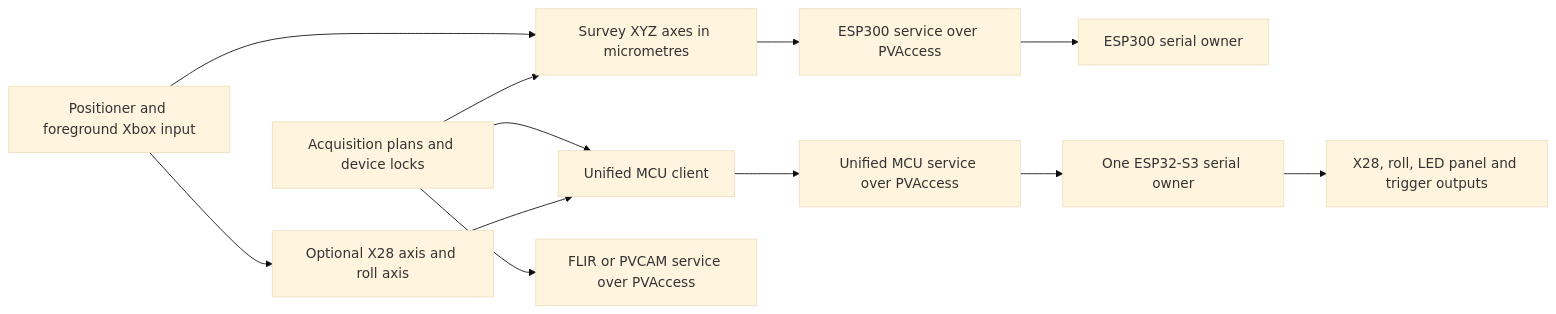
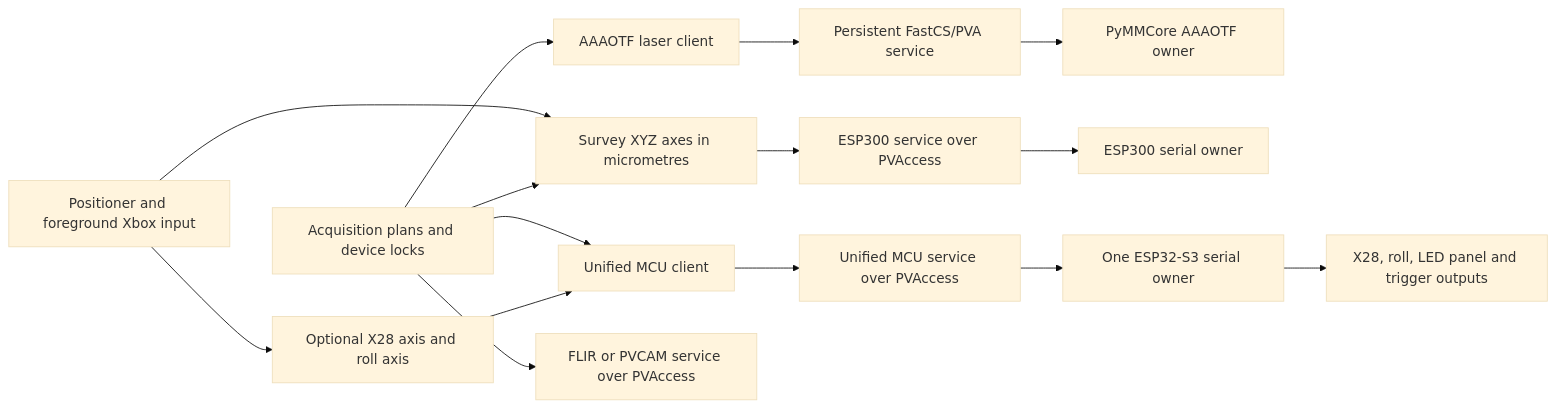
The first of 2 diagrams in docs/index.md (deanziyangyu/redsun-adaptive-holotomography), drawn with Mermaid (base theme) before and after one commit. The commit also changed other lines of this file and 14 other files, not shown here.

Commit message:
Add persistent AAAOTF service and HoloSPIM hardware controls

````diff
--- a/docs/index.md
+++ b/docs/index.md
@@ -94,12 +101,13 @@
 ```mermaid
 flowchart LR
     J["Positioner and foreground Xbox input"] --> P["Survey XYZ axes in micrometres"]
     J --> X["Optional X28 axis and roll axis"]
     A["Acquisition plans and device locks"] --> P
     A --> M["Unified MCU client"]
+    A --> L["AAAOTF laser client"] --> LP["Persistent FastCS/PVA service"] --> LA["PyMMCore AAAOTF owner"]
     A --> C["FLIR or PVCAM service over PVAccess"]
     X --> M
     P --> S["ESP300 service over PVAccess"] --> O["ESP300 serial owner"]
     M --> U["Unified MCU service over PVAccess"] --> F["One ESP32-S3 serial owner"]
     F --> H["X28, roll, LED panel and trigger outputs"]
 ```
````
